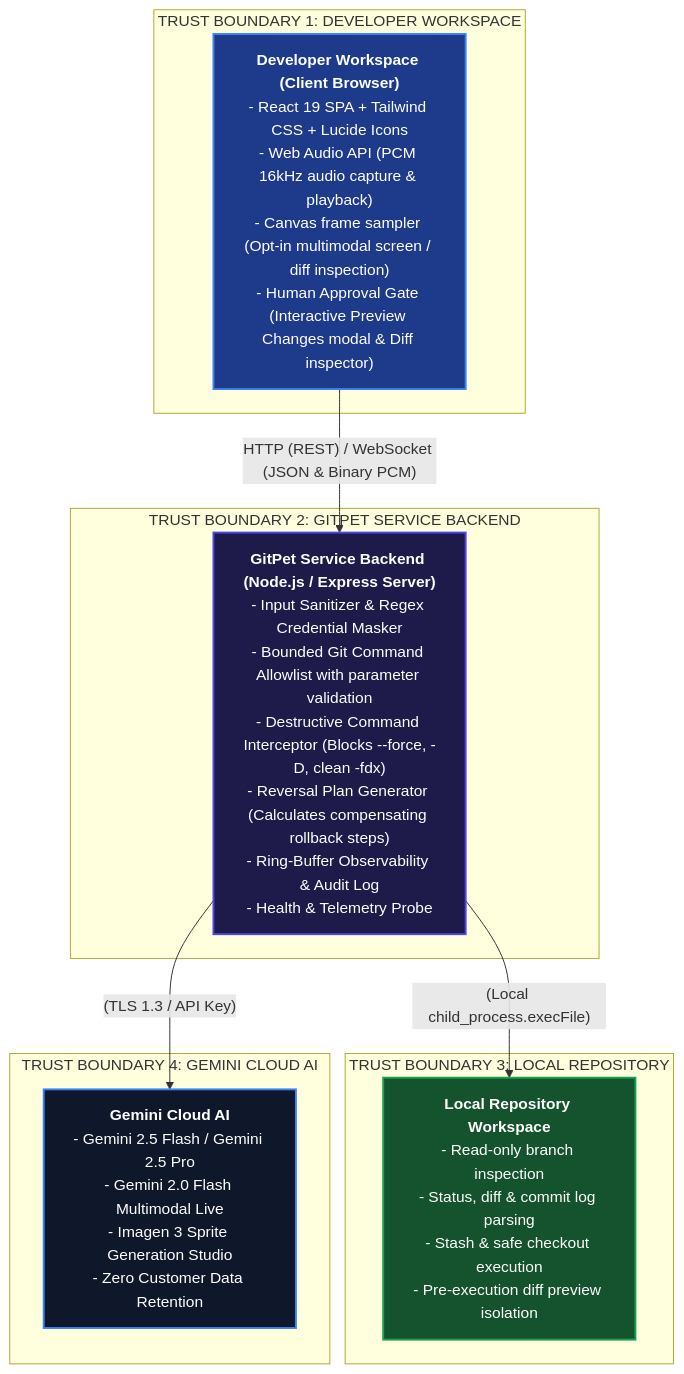
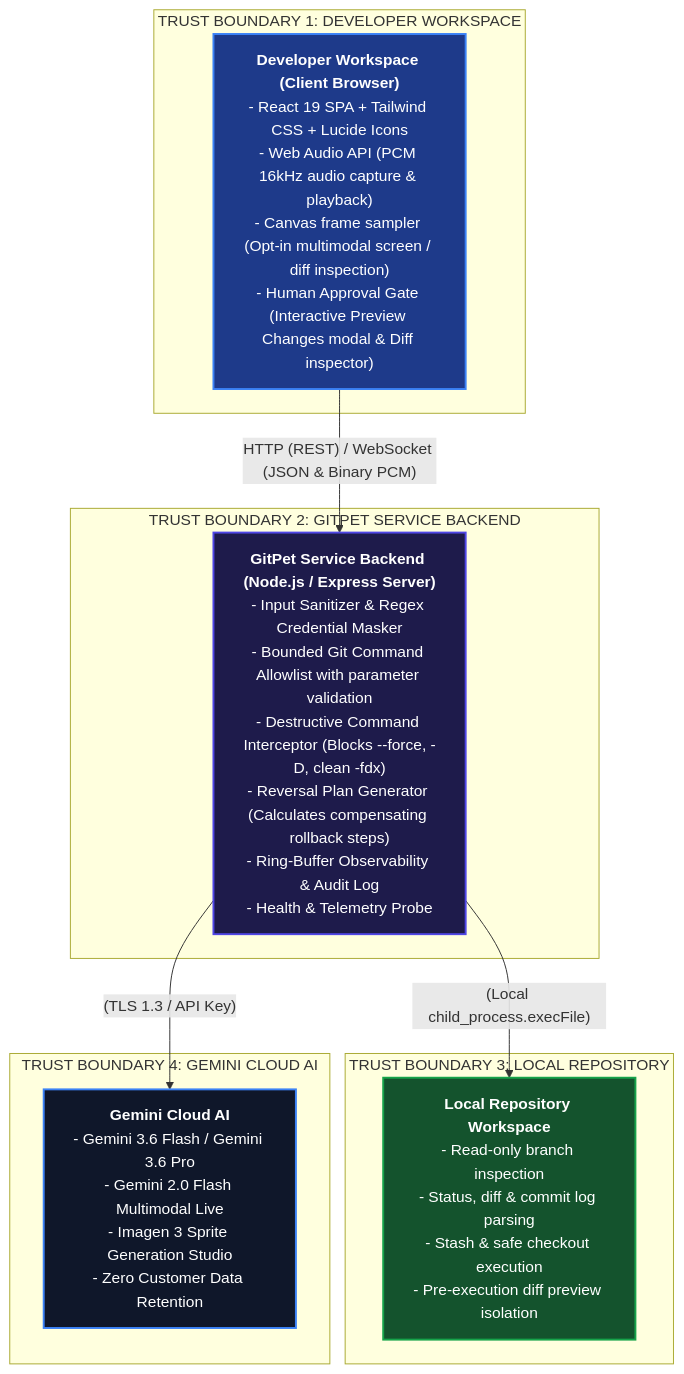
The first of 2 diagrams in docs/SECURITY_THREAT_MODEL.md (CanadaDevOpsCommunity2025/DevOps-for-GenAI---Ottawa-2026---Team-05-Ribbon-Patrol), drawn with Mermaid before and after one commit. The commit also changed 7 other files, not shown here.

````diff
--- a/docs/SECURITY_THREAT_MODEL.md
+++ b/docs/SECURITY_THREAT_MODEL.md
@@ -14,28 +14,28 @@
 ```mermaid
 graph TD
     %% Styling
     classDef client fill:#1e3a8a,stroke:#3b82f6,stroke-width:2px,color:#ffffff;
     classDef backend fill:#1e1b4b,stroke:#4f46e5,stroke-width:2px,color:#ffffff;
     classDef local fill:#14532d,stroke:#16a34a,stroke-width:2px,color:#ffffff;
     classDef cloud fill:#0f172a,stroke:#3b82f6,stroke-width:2px,color:#ffffff;
 
     subgraph TB1 [TRUST BOUNDARY 1: DEVELOPER WORKSPACE]
         Client["<b>Developer Workspace (Client Browser)</b><br/>- React 19 SPA + Tailwind CSS + Lucide Icons<br/>- Web Audio API (PCM 16kHz audio capture & playback)<br/>- Canvas frame sampler (Opt-in multimodal screen / diff inspection)<br/>- Human Approval Gate (Interactive Preview Changes modal & Diff inspector)"]:::client
     end
 
     subgraph TB2 [TRUST BOUNDARY 2: GITPET SERVICE BACKEND]
         Backend["<b>GitPet Service Backend (Node.js / Express Server)</b><br/>- Input Sanitizer & Regex Credential Masker<br/>- Bounded Git Command Allowlist with parameter validation<br/>- Destructive Command Interceptor (Blocks --force, -D, clean -fdx)<br/>- Reversal Plan Generator (Calculates compensating rollback steps)<br/>- Ring-Buffer Observability & Audit Log<br/>- Health & Telemetry Probe"]:::backend
     end
 
     subgraph TB3 [TRUST BOUNDARY 3: LOCAL REPOSITORY]
         Local["<b>Local Repository Workspace</b><br/>- Read-only branch inspection<br/>- Status, diff & commit log parsing<br/>- Stash & safe checkout execution<br/>- Pre-execution diff preview isolation"]:::local
     end
 
     subgraph TB4 [TRUST BOUNDARY 4: GEMINI CLOUD AI]
-        Cloud["<b>Gemini Cloud AI</b><br/>- Gemini 2.5 Flash / Gemini 2.5 Pro<br/>- Gemini 2.0 Flash Multimodal Live<br/>- Imagen 3 Sprite Generation Studio<br/>- Zero Customer Data Retention"]:::cloud
+        Cloud["<b>Gemini Cloud AI</b><br/>- Gemini 3.6 Flash / Gemini 3.6 Pro<br/>- Gemini 2.0 Flash Multimodal Live<br/>- Imagen 3 Sprite Generation Studio<br/>- Zero Customer Data Retention"]:::cloud
     end
 
     Client -->|"HTTP (REST) / WebSocket (JSON & Binary PCM)"| Backend
     Backend -->|"(Local child_process.execFile)"| Local
     Backend -->|"(TLS 1.3 / API Key)"| Cloud
 ```
````
